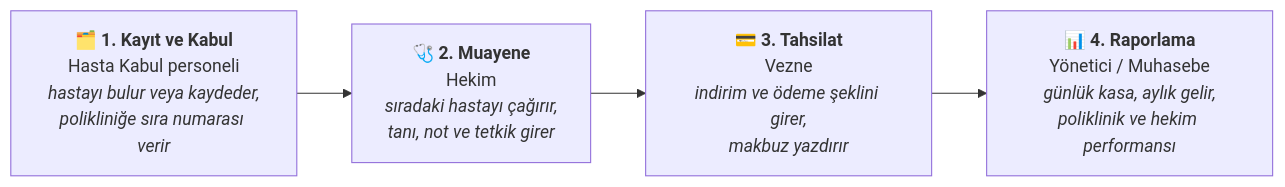
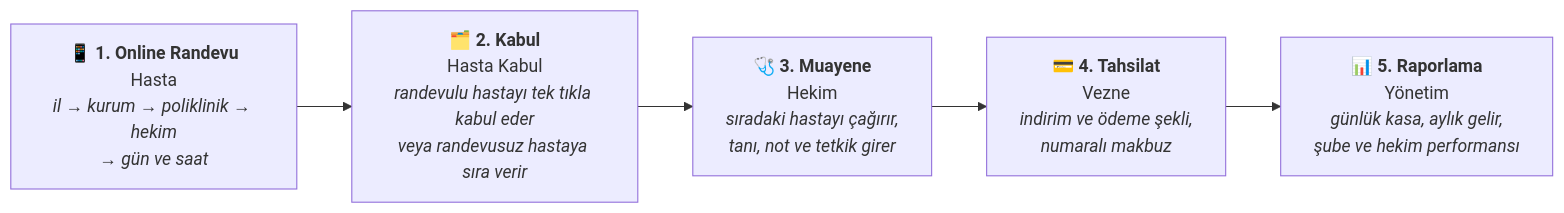
The diagram in README.md (kilicchalitt/klinova), drawn with Mermaid before and after one commit. The commit also changed other lines of this file and 1 other file, not shown here.

First line of the commit message:
docs: present Klinova 2.0 with online appointments in the README

````diff
--- a/README.md
+++ b/README.md
@@ -57,8 +60,9 @@
 ```mermaid
 flowchart LR
-    A["🗂️ <b>1. Kayıt ve Kabul</b><br/>Hasta Kabul personeli<br/><i>hastayı bulur veya kaydeder,<br/>polikliniğe sıra numarası verir</i>"]
-    B["🩺 <b>2. Muayene</b><br/>Hekim<br/><i>sıradaki hastayı çağırır,<br/>tanı, not ve tetkik girer</i>"]
-    C["💳 <b>3. Tahsilat</b><br/>Vezne<br/><i>indirim ve ödeme şeklini girer,<br/>makbuz yazdırır</i>"]
-    D["📊 <b>4. Raporlama</b><br/>Yönetici / Muhasebe<br/><i>günlük kasa, aylık gelir,<br/>poliklinik ve hekim performansı</i>"]
-    A --> B --> C --> D
+    R["📱 <b>1. Online Randevu</b><br/>Hasta<br/><i>il → kurum → poliklinik → hekim<br/>→ gün ve saat</i>"]
+    A["🗂️ <b>2. Kabul</b><br/>Hasta Kabul<br/><i>randevulu hastayı tek tıkla kabul eder<br/>veya randevusuz hastaya sıra verir</i>"]
+    B["🩺 <b>3. Muayene</b><br/>Hekim<br/><i>sıradaki hastayı çağırır,<br/>tanı, not ve tetkik girer</i>"]
+    C["💳 <b>4. Tahsilat</b><br/>Vezne<br/><i>indirim ve ödeme şekli,<br/>numaralı makbuz</i>"]
+    D["📊 <b>5. Raporlama</b><br/>Yönetim<br/><i>günlük kasa, aylık gelir,<br/>şube ve hekim performansı</i>"]
+    R --> A --> B --> C --> D
 ```
````
